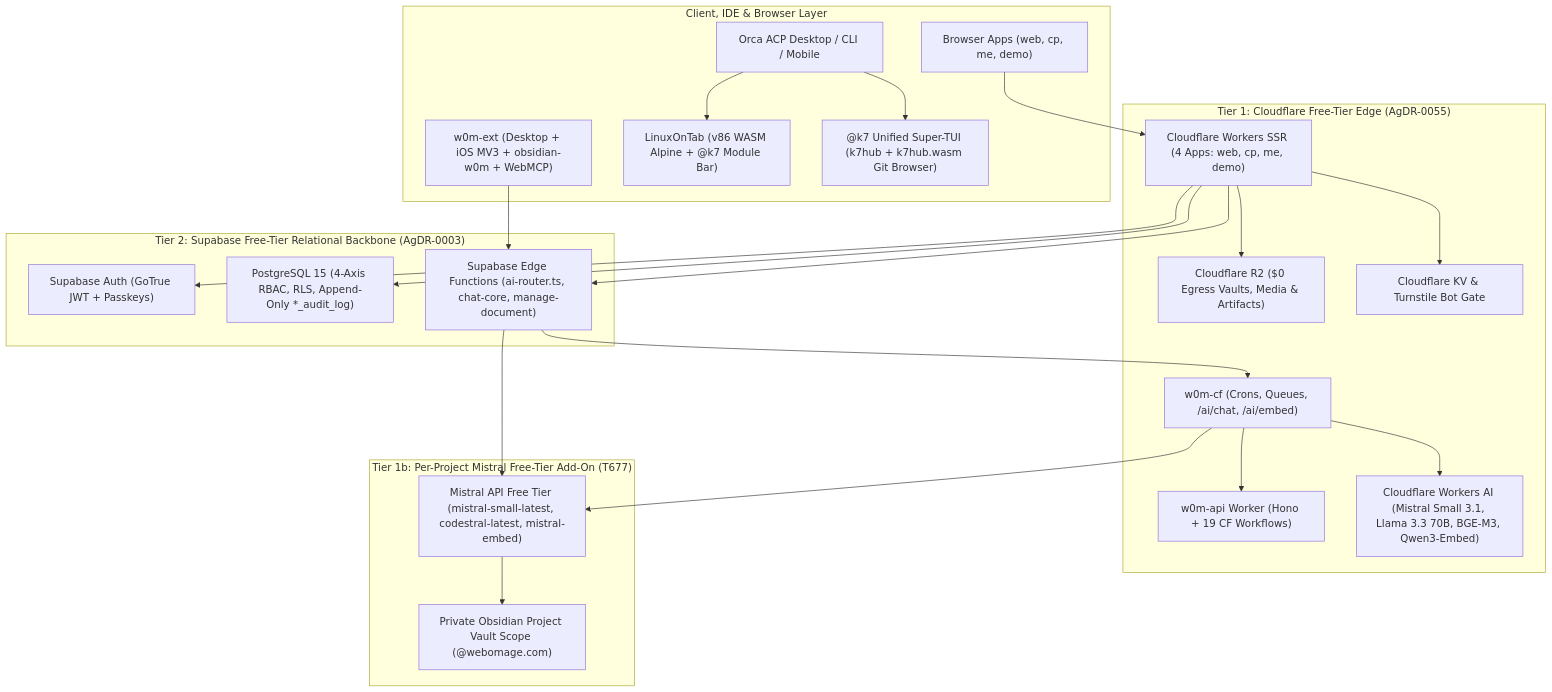
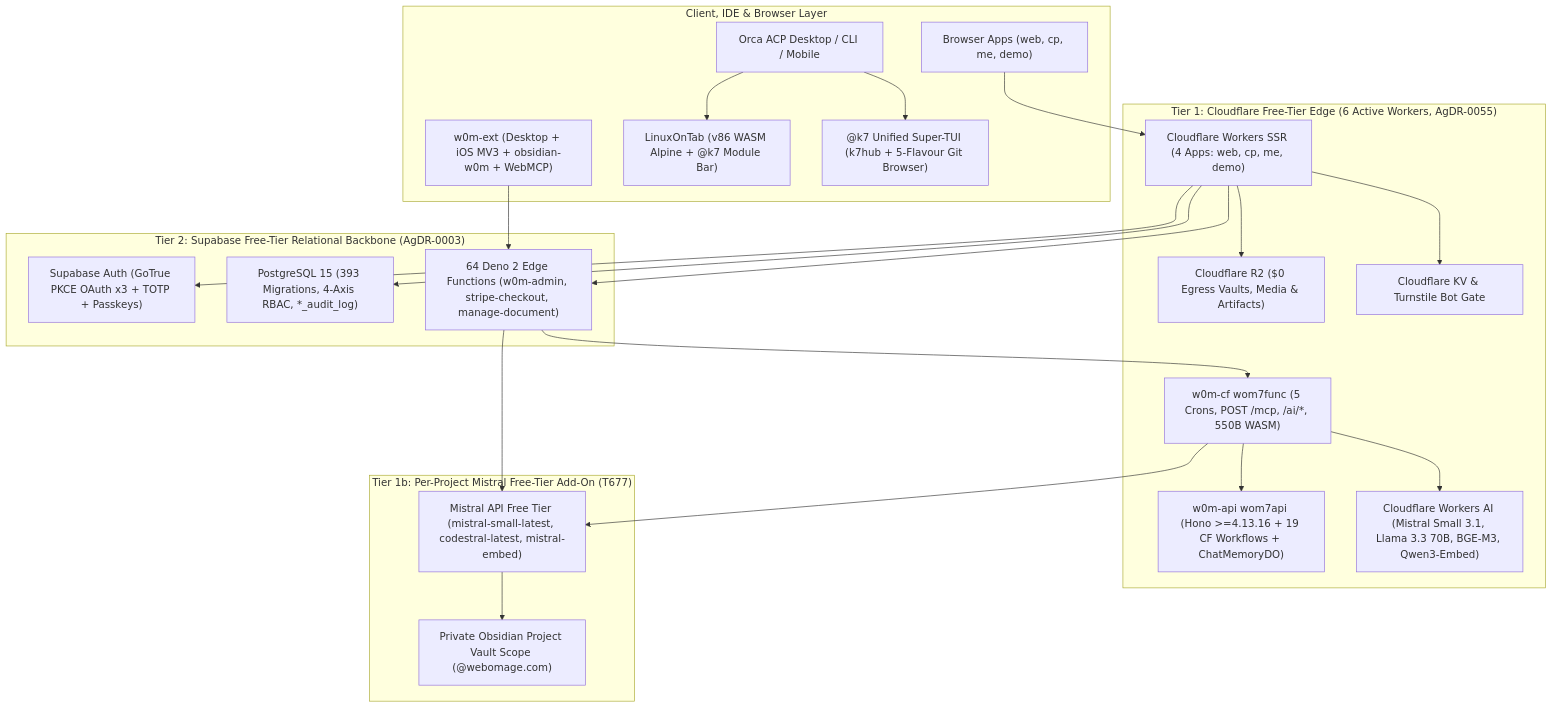
Before and after one commit to webomage/a2ui-vinext: the diagram in docs/ARCHITECTURE.md, drawn with Mermaid. The commit also changed other lines of this file and 9 other files, not shown here.

````diff
--- a/docs/ARCHITECTURE.md
+++ b/docs/ARCHITECTURE.md
@@ -24,46 +26,46 @@
 ```mermaid
 flowchart TD
     subgraph ClientLayer["Client, IDE & Browser Layer"]
         Browser["Browser Apps (web, cp, me, demo)"]
         Ext["w0m-ext (Desktop + iOS MV3 + obsidian-w0m + WebMCP)"]
         Orca["Orca ACP Desktop / CLI / Mobile"]
         LOT["LinuxOnTab (v86 WASM Alpine + @k7 Module Bar)"]
-        K7["@k7 Unified Super-TUI (k7hub + k7hub.wasm Git Browser)"]
+        K7["@k7 Unified Super-TUI (k7hub + 5-Flavour Git Browser)"]
     end
 
-    subgraph EdgeLayer["Tier 1: Cloudflare Free-Tier Edge (AgDR-0055)"]
-        CFPages["Cloudflare Workers SSR (4 Apps: web, cp, me, demo)"]
-        CFWork["w0m-cf (Crons, Queues, /ai/chat, /ai/embed)"]
-        CFApi["w0m-api Worker (Hono + 19 CF Workflows)"]
+    subgraph EdgeLayer["Tier 1: Cloudflare Free-Tier Edge (6 Active Workers, AgDR-0055)"]
+        CFWorkers["Cloudflare Workers SSR (4 Apps: web, cp, me, demo)"]
+        CFWork["w0m-cf wom7func (5 Crons, POST /mcp, /ai/*, 550B WASM)"]
+        CFApi["w0m-api wom7api (Hono >=4.13.16 + 19 CF Workflows + ChatMemoryDO)"]
         CFR2["Cloudflare R2 ($0 Egress Vaults, Media & Artifacts)"]
         CFKV["Cloudflare KV & Turnstile Bot Gate"]
         CFAI["Cloudflare Workers AI (Mistral Small 3.1, Llama 3.3 70B, BGE-M3, Qwen3-Embed)"]
     end
 
     subgraph AddonAI["Tier 1b: Per-Project Mistral Free-Tier Add-On (T677)"]
         Mistral["Mistral API Free Tier (mistral-small-latest, codestral-latest, mistral-embed)"]
         ObsidianScope["Private Obsidian Project Vault Scope (<project>@webomage.com)"]
     end
 
     subgraph DataLayer["Tier 2: Supabase Free-Tier Relational Backbone (AgDR-0003)"]
-        GoTrue["Supabase Auth (GoTrue JWT + Passkeys)"]
-        PG["PostgreSQL 15 (4-Axis RBAC, RLS, Append-Only *_audit_log)"]
-        EdgeFn["Supabase Edge Functions (ai-router.ts, chat-core, manage-document)"]
+        GoTrue["Supabase Auth (GoTrue PKCE OAuth x3 + TOTP + Passkeys)"]
+        PG["PostgreSQL 15 (393 Migrations, 4-Axis RBAC, *_audit_log)"]
+        EdgeFn["64 Deno 2 Edge Functions (w0m-admin, stripe-checkout, manage-document)"]
     end
 
-    Browser --> CFPages
+    Browser --> CFWorkers
     Ext --> EdgeFn
     Orca --> LOT
     Orca --> K7
-    CFPages --> GoTrue
-    CFPages --> PG
-    CFPages --> EdgeFn
-    CFPages --> CFR2
-    CFPages --> CFKV
+    CFWorkers --> GoTrue
+    CFWorkers --> PG
+    CFWorkers --> EdgeFn
+    CFWorkers --> CFR2
+    CFWorkers --> CFKV
     EdgeFn --> CFWork
     EdgeFn --> Mistral
     CFWork --> CFAI
     CFWork --> Mistral
     CFWork --> CFApi
     Mistral --> ObsidianScope
 ```
````
